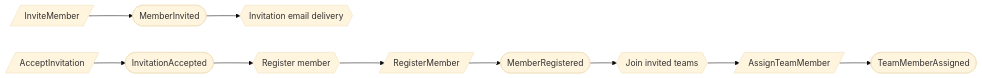
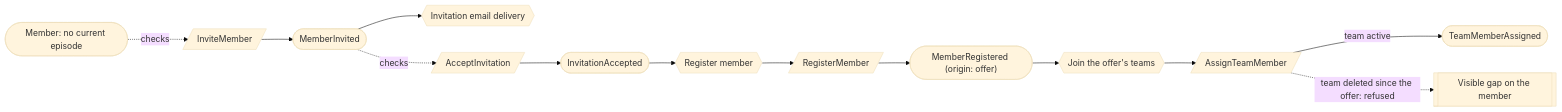
Before and after one commit to bdgrz/compliance-core: the sixth of 11 diagrams in docs/proposed/contexts/platform-access.md, drawn with Mermaid (base theme). The commit also changed other lines of this file and 310 other files, not shown here.

````diff
--- a/docs/proposed/contexts/platform-access.md
+++ b/docs/proposed/contexts/platform-access.md
@@ -451,8 +545,11 @@
 ```mermaid
 flowchart LR
+    M([Member: no current episode]) -. checks .-> C1
     C1[/InviteMember/] --> E1([MemberInvited])
     E1 --> P1{{Invitation email delivery}}
-    C2[/AcceptInvitation/] --> E2([InvitationAccepted])
-    E2 --> R1{{Register member}} --> C3[/RegisterMember/] --> E3([MemberRegistered])
-    E3 --> R2{{Join invited teams}} --> C4[/AssignTeamMember/] --> E4([TeamMemberAssigned])
+    E1 -. checks .-> C2[/AcceptInvitation/] --> E2([InvitationAccepted])
+    E2 --> R1{{Register member}} --> C3[/RegisterMember/] --> E3(["MemberRegistered (origin: offer)"])
+    E3 --> R2{{Join the offer's teams}} --> C4[/AssignTeamMember/]
+    C4 -->|team active| E4([TeamMemberAssigned])
+    C4 -. "team deleted since the offer: refused" .-> G1[[Visible gap on the member]]
 ```
````
